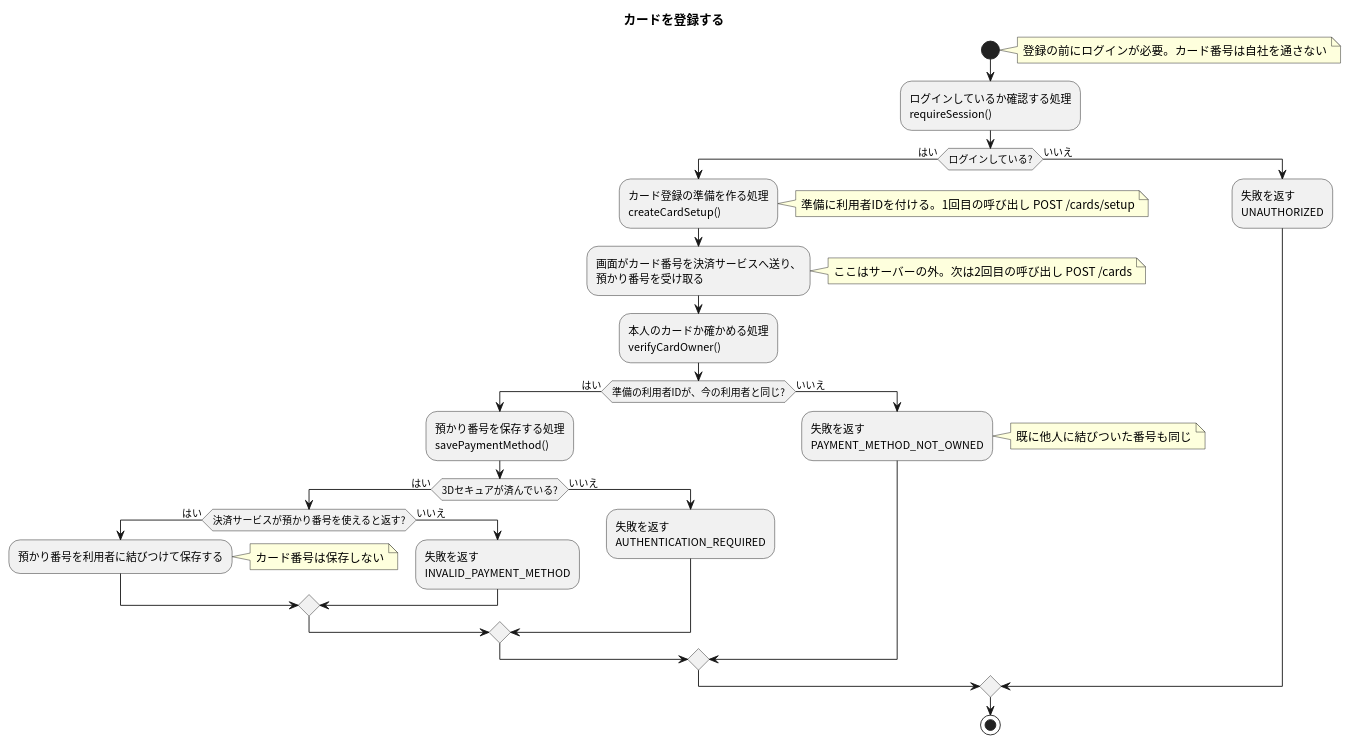
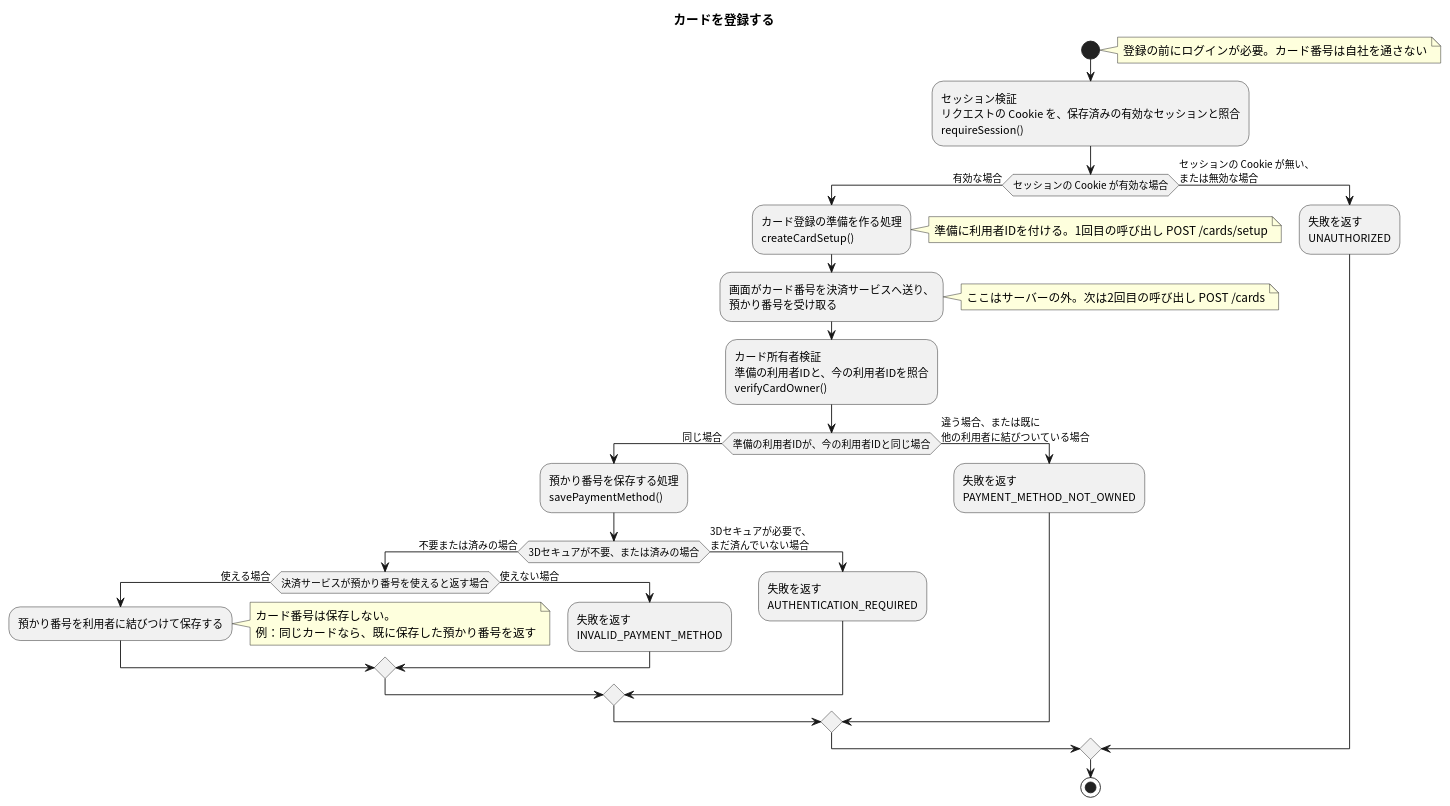
Before and after one commit to masamasamasato/design-doc-template: the diagram in apis/register-card/flow.puml, drawn with PlantUML. The commit also changed 113 other files, not shown here.

```diff
--- a/apis/register-card/flow.puml
+++ b/apis/register-card/flow.puml
@@ -3,37 +3,36 @@
 @startuml
 skinparam shadowing false
 skinparam defaultFontName "Noto Sans CJK JP"
 skinparam ActivityFontName "Noto Sans CJK JP"
 
 title カードを登録する
 
 start
 note right: 登録の前にログインが必要。カード番号は自社を通さない
-:ログインしているか確認する処理\nrequireSession();
-if (ログインしている?) then (はい)
+:セッション検証\nリクエストの Cookie を、保存済みの有効なセッションと照合\nrequireSession();
+if (セッションの Cookie が有効な場合) then (有効な場合)
   :カード登録の準備を作る処理\ncreateCardSetup();
   note right: 準備に利用者IDを付ける。1回目の呼び出し POST /cards/setup
   :画面がカード番号を決済サービスへ送り、\n預かり番号を受け取る;
   note right: ここはサーバーの外。次は2回目の呼び出し POST /cards
-  :本人のカードか確かめる処理\nverifyCardOwner();
-  if (準備の利用者IDが、今の利用者と同じ?) then (はい)
+  :カード所有者検証\n準備の利用者IDと、今の利用者IDを照合\nverifyCardOwner();
+  if (準備の利用者IDが、今の利用者IDと同じ場合) then (同じ場合)
     :預かり番号を保存する処理\nsavePaymentMethod();
-    if (3Dセキュアが済んでいる?) then (はい)
-      if (決済サービスが預かり番号を使えると返す?) then (はい)
+    if (3Dセキュアが不要、または済みの場合) then (不要または済みの場合)
+      if (決済サービスが預かり番号を使えると返す場合) then (使える場合)
         :預かり番号を利用者に結びつけて保存する;
-        note right: カード番号は保存しない
-      else (いいえ)
+        note right: カード番号は保存しない。\n例：同じカードなら、既に保存した預かり番号を返す
+      else (使えない場合)
         :失敗を返す\nINVALID_PAYMENT_METHOD;
       endif
-    else (いいえ)
+    else (3Dセキュアが必要で、\nまだ済んでいない場合)
       :失敗を返す\nAUTHENTICATION_REQUIRED;
     endif
-  else (いいえ)
+  else (違う場合、または既に\n他の利用者に結びついている場合)
     :失敗を返す\nPAYMENT_METHOD_NOT_OWNED;
-    note right: 既に他人に結びついた番号も同じ
   endif
-else (いいえ)
+else (セッションの Cookie が無い、\nまたは無効な場合)
   :失敗を返す\nUNAUTHORIZED;
 endif
 stop
 @enduml
```
